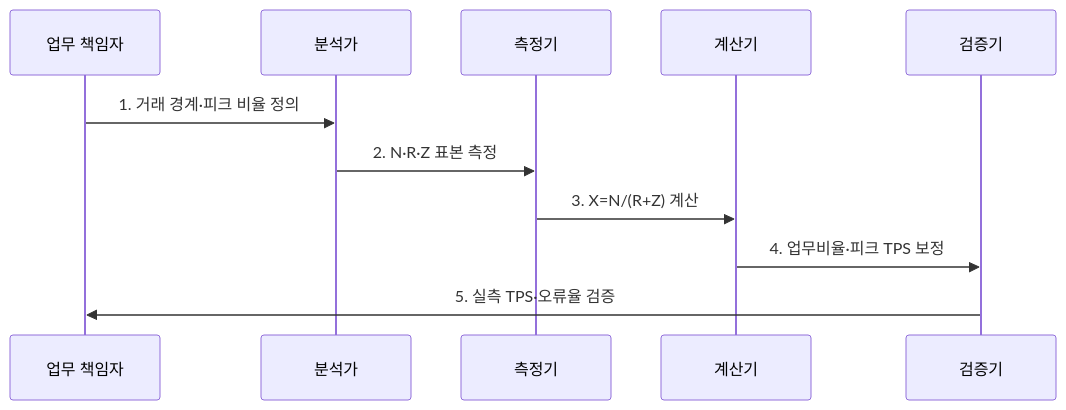
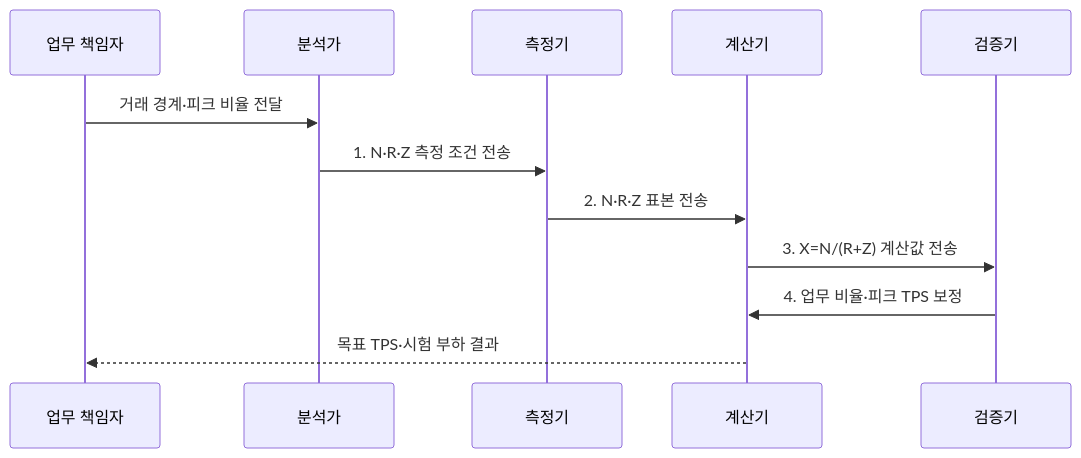
The second of 2 diagrams in src/content/docs/notes/06-evaluation/007_tps_calculation.md (agnusdei1207/knowledge-base), drawn with Mermaid before and after one commit. The commit also changed other lines of this file and 20 other files, not shown here.

````diff
--- a/src/content/docs/notes/06-evaluation/007_tps_calculation.md
+++ b/src/content/docs/notes/06-evaluation/007_tps_calculation.md
@@ -80,13 +78,14 @@
 ```mermaid
 sequenceDiagram
   participant O as 업무 책임자
   participant A as 분석가
   participant M as 측정기
   participant C as 계산기
   participant V as 검증기
-  O->>A: 1. 거래 경계·피크 비율 정의
-  A->>M: 2. N·R·Z 표본 측정
-  M->>C: 3. X=N/(R+Z) 계산
-  C->>V: 4. 업무비율·피크 TPS 보정
-  V->>O: 5. 실측 TPS·오류율 검증
+  O->>A: 거래 경계·피크 비율 전달
+  A->>M: 1. N·R·Z 측정 조건 전송
+  M->>C: 2. N·R·Z 표본 전송
+  C->>V: 3. X=N/(R+Z) 계산값 전송
+  V->>C: 4. 업무 비율·피크 TPS 보정
+  C-->>O: 목표 TPS·시험 부하 결과
 ```
````
